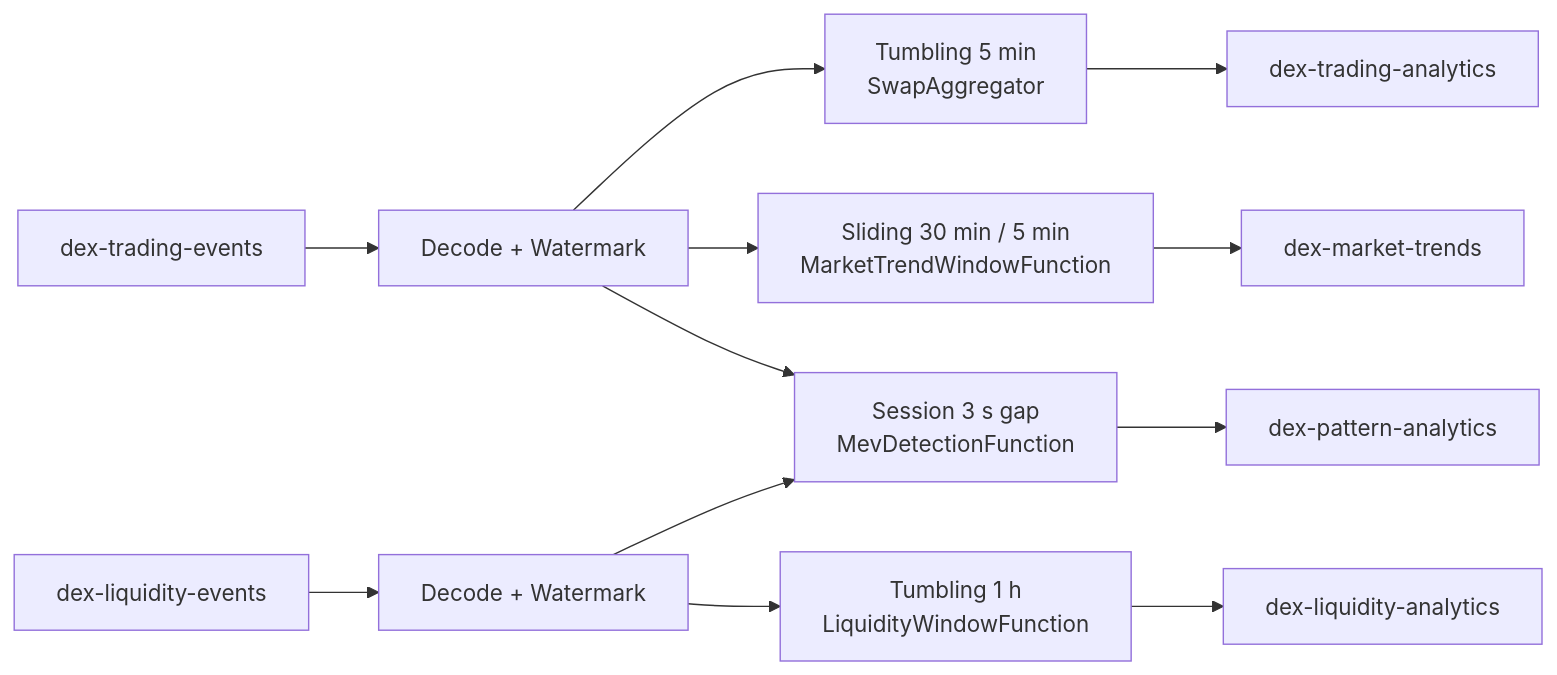
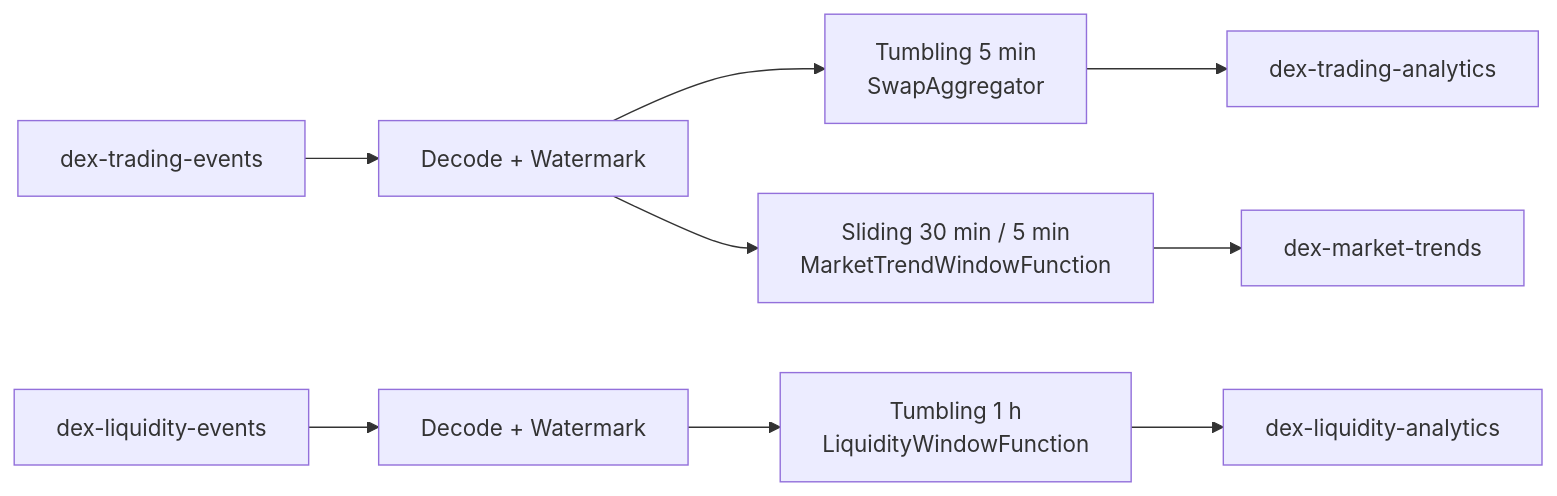
Before and after one commit to peterzzshi/dex-stream-analytics: the second of 2 diagrams in ARCHITECTURE.md, drawn with Mermaid. The commit also changed other lines of this file and 120 other files, not shown here.

````diff
--- a/ARCHITECTURE.md
+++ b/ARCHITECTURE.md
@@ -245,15 +235,13 @@
 ```mermaid
 graph LR
     KT[dex-trading-events] --> DECODE_T[Decode + Watermark]
     KL[dex-liquidity-events] --> DECODE_L[Decode + Watermark]
 
     DECODE_T --> F1[Tumbling 5 min<br/>SwapAggregator]
     DECODE_T --> F4[Sliding 30 min / 5 min<br/>MarketTrendWindowFunction]
     DECODE_L --> F2[Tumbling 1 h<br/>LiquidityWindowFunction]
-    DECODE_T & DECODE_L --> F3[Session 3 s gap<br/>MevDetectionFunction]
 
     F1 --> OT[dex-trading-analytics]
     F2 --> OL[dex-liquidity-analytics]
-    F3 --> OP[dex-pattern-analytics]
     F4 --> OM[dex-market-trends]
 ```
````
